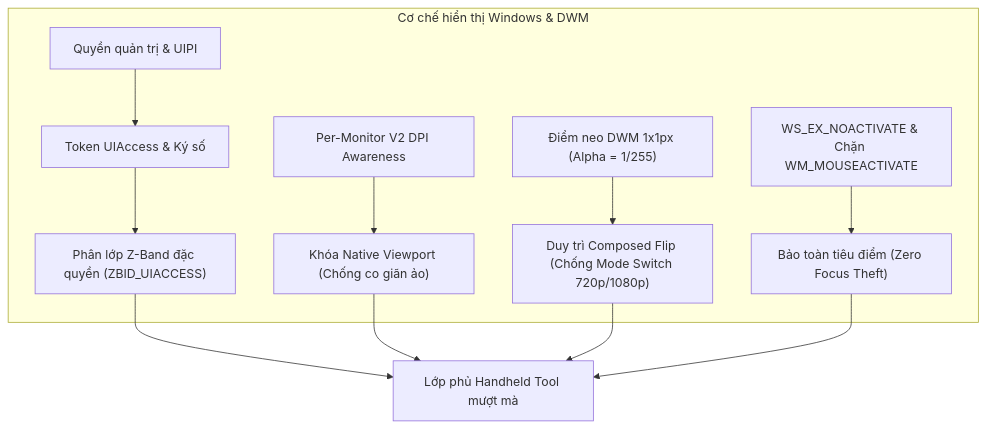
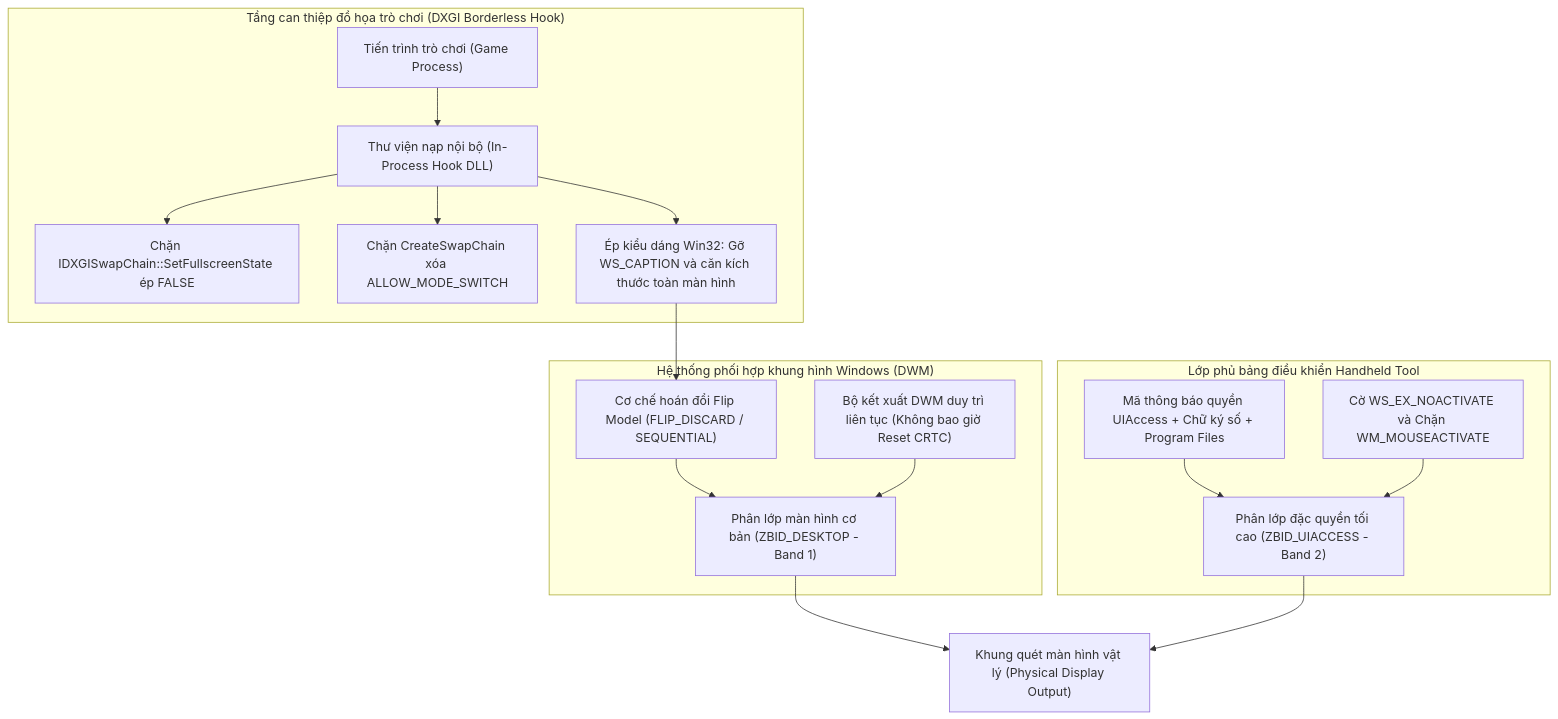
One commit to minhtaama/windows-handheld-tool changed the first of 3 diagrams in docs/current.md. Above: the diagram before and after it, drawn with Mermaid. The commit also changed other lines of this file and 12 other files, not shown here.

````diff
--- a/docs/current.md
+++ b/docs/current.md
@@ -11,14 +26,23 @@
 ```mermaid
 flowchart TD
-    subgraph DWM_Composition["Cơ chế hiển thị Windows & DWM"]
-        A["Quyền quản trị & UIPI"] --> B["Token UIAccess & Ký số"]
-        B --> C["Phân lớp Z-Band đặc quyền (ZBID_UIACCESS)"]
-        D["Per-Monitor V2 DPI Awareness"] --> E["Khóa Native Viewport (Chống co giãn ảo)"]
-        F["Điểm neo DWM 1x1px (Alpha = 1/255)"] --> G["Duy trì Composed Flip (Chống Mode Switch 720p/1080p)"]
-        H["WS_EX_NOACTIVATE & Chặn WM_MOUSEACTIVATE"] --> I["Bảo toàn tiêu điểm (Zero Focus Theft)"]
+    subgraph Hook_Engine["Tầng can thiệp đồ họa trò chơi (DXGI Borderless Hook)"]
+        GameExe["Tiến trình trò chơi (Game Process)"] --> HookDLL["Thư viện nạp nội bộ (In-Process Hook DLL)"]
+        HookDLL --> Intercept1["Chặn IDXGISwapChain::SetFullscreenState ép FALSE"]
+        HookDLL --> Intercept2["Chặn CreateSwapChain xóa ALLOW_MODE_SWITCH"]
+        HookDLL --> EnforceBorderless["Ép kiểu dáng Win32: Gỡ WS_CAPTION và căn kích thước toàn màn hình"]
     end
-    C --> Overlay["Lớp phủ Handheld Tool mượt mà"]
-    E --> Overlay
-    G --> Overlay
-    I --> Overlay
+
+    subgraph DWM_Subsystem["Hệ thống phối hợp khung hình Windows (DWM)"]
+        EnforceBorderless --> FlipModel["Cơ chế hoán đổi Flip Model (FLIP_DISCARD / SEQUENTIAL)"]
+        FlipModel --> Band1["Phân lớp màn hình cơ bản (ZBID_DESKTOP - Band 1)"]
+        DWM_Composition["Bộ kết xuất DWM duy trì liên tục (Không bao giờ Reset CRTC)"] --> Band1
+    end
+
+    subgraph Privilege_Overlay["Lớp phủ bảng điều khiển Handheld Tool"]
+        TokenAuth["Mã thông báo quyền UIAccess + Chữ ký số + Program Files"] --> Band2["Phân lớp đặc quyền tối cao (ZBID_UIACCESS - Band 2)"]
+        NoFocus["Cờ WS_EX_NOACTIVATE và Chặn WM_MOUSEACTIVATE"] --> Band2
+    end
+
+    Band1 --> ScreenComposite["Khung quét màn hình vật lý (Physical Display Output)"]
+    Band2 --> ScreenComposite
 ```
````
